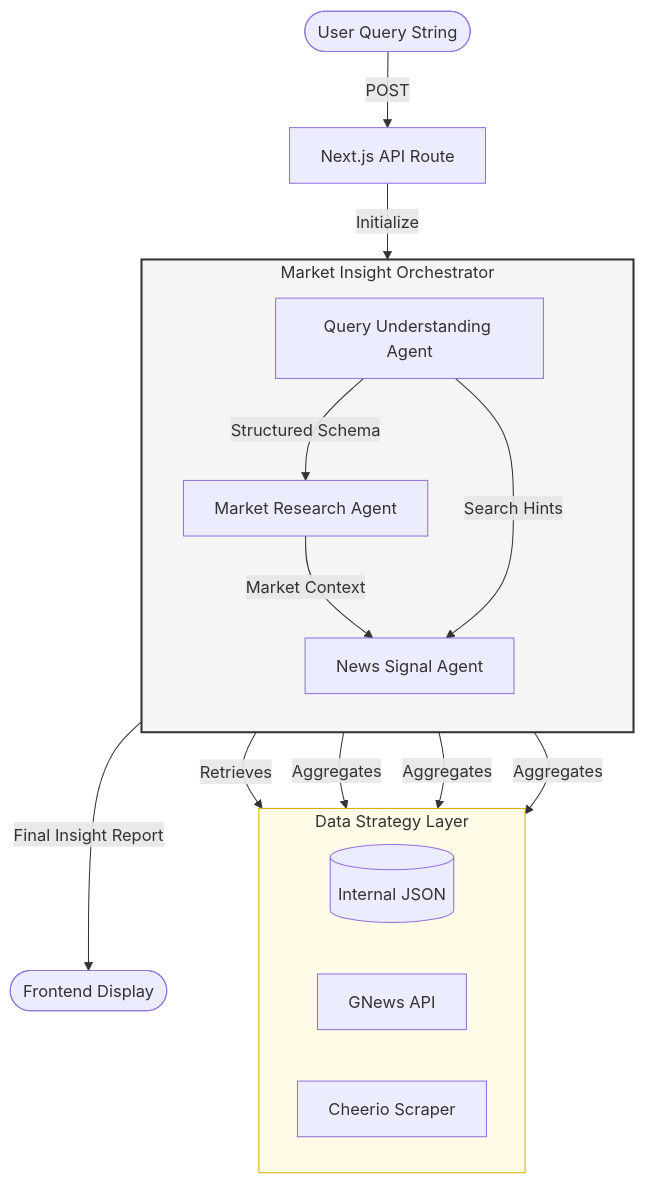
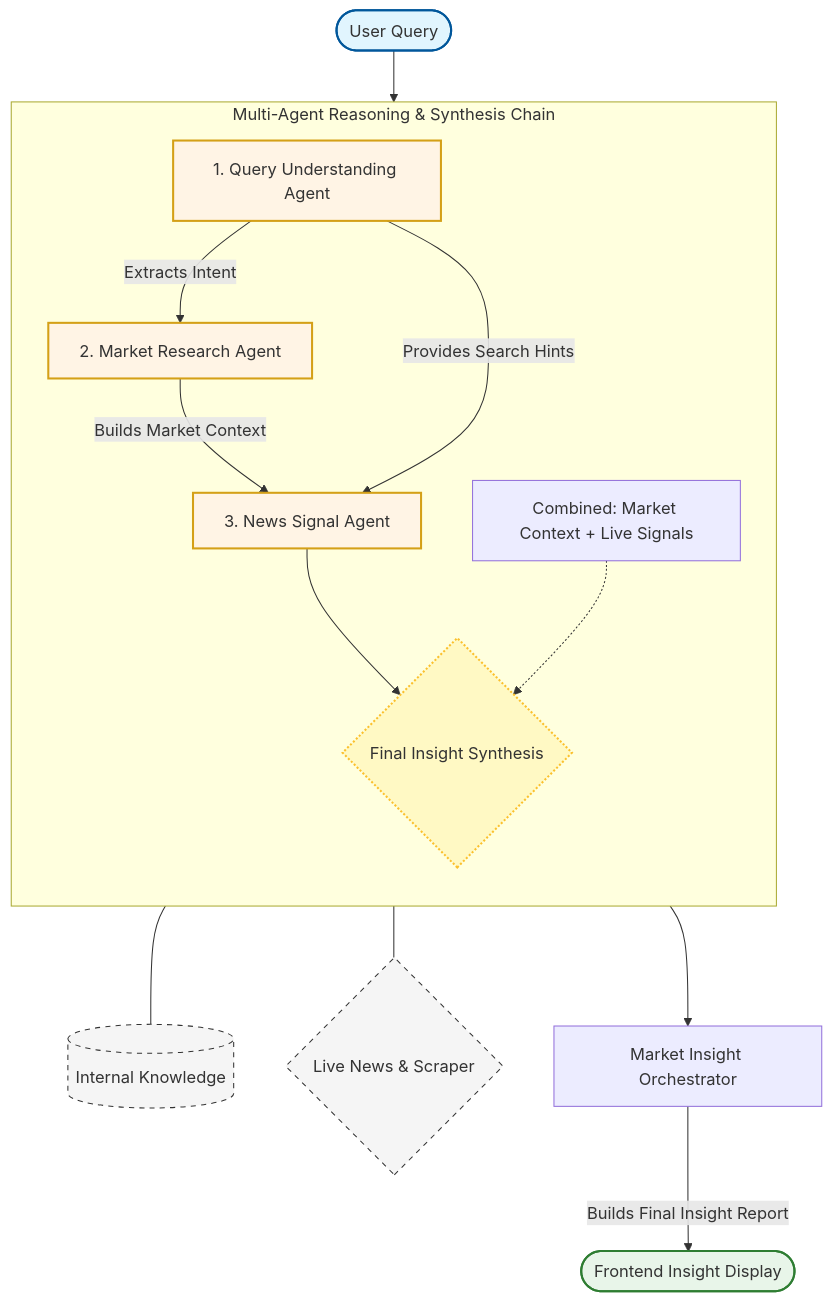
One commit to SAHUTHUB/AI-Multi-Agent-Market-Exploration-System changed the diagram in README.md. Above: the diagram before and after it, drawn with Mermaid.

````diff
--- a/README.md
+++ b/README.md
@@ -15,39 +15,43 @@
 ```mermaid
 graph TD
-    %% User Input
-    User([User Query String]) -->|POST| API[Next.js API Route]
-    
-    %% Orchestration Layer
-    subgraph Orchestrator[Market Insight Orchestrator]
+    %% Define Styles
+    classDef user fill:#e1f5fe,stroke:#01579b,stroke-width:2px
+    classDef agent fill:#fff4e5,stroke:#d4a017,stroke-width:2px
+    classDef tool fill:#f5f5f5,stroke:#333,stroke-dasharray: 5 5
+    classDef synthesis fill:#fff9c4,stroke:#fbc02d,stroke-width:2px,stroke-dasharray: 2 2
+    classDef result fill:#e8f5e9,stroke:#2e7d32,stroke-width:2px
+
+    %% Flow Start
+    Input([User Query]) --> QUA
+
+    subgraph Agents [Multi-Agent Reasoning & Synthesis Chain]
         direction TB
-        QUA[Query Understanding Agent]
-        MRA[Market Research Agent]
-        NSA[News Signal Agent]
+        QUA[1. Query Understanding Agent]
+        MRA[2. Market Research Agent]
+        NSA[3. News Signal Agent]
+        
+        %% Sequence & Context Passing
+        QUA -->|Extracts Intent| MRA
+        MRA -->|Builds Market Context| NSA
+        QUA -->|Provides Search Hints| NSA
+
+        %% THE MISSING PIECE: Final Synthesis
+        NSA --> SYN{Final Insight Synthesis}
+        note[Combined: Market Context + Live Signals] -.-> SYN
     end
 
-    API -->|Initialize| Orchestrator
-    
-    %% Workflow Steps
-    QUA -->|Structured Schema| MRA
-    MRA -->|Market Context| NSA
-    QUA -->|Search Hints| NSA
+    %% Tools Interaction (Simplified)
+    MRA --- DB[(Internal Knowledge)]
+    NSA --- Tools{Live News & Scraper}
 
-    %% Data Tools Layer
-    subgraph DataTools[Data Strategy Layer]
-        direction LR
-        JSON[(Internal JSON)]
-        GNews[GNews API]
-        Scrape[Cheerio Scraper]
-    end
+    %% Orchestrator Packaging
+    SYN --> ORCH[Market Insight Orchestrator]
+    ORCH -->|Builds Final Insight Report| Output([Frontend Insight Display])
 
-    MRA -->|Retrieves| JSON
-    NSA -->|Aggregates| GNews
-    NSA -->|Aggregates| Scrape
-    NSA -->|Aggregates| JSON
-
-    %% Output
-    Orchestrator -->|Final Insight Report| Result([Frontend Display])
-    
-    style Orchestrator fill:#f5f5f5,stroke:#333,stroke-width:2px
-    style DataTools fill:#fffbe6,stroke:#d4b106,stroke-width:1px
+    %% Assign Classes
+    class Input user
+    class QUA,MRA,NSA agent
+    class DB,Tools tool
+    class SYN synthesis
+    class Output result
 ```
````
